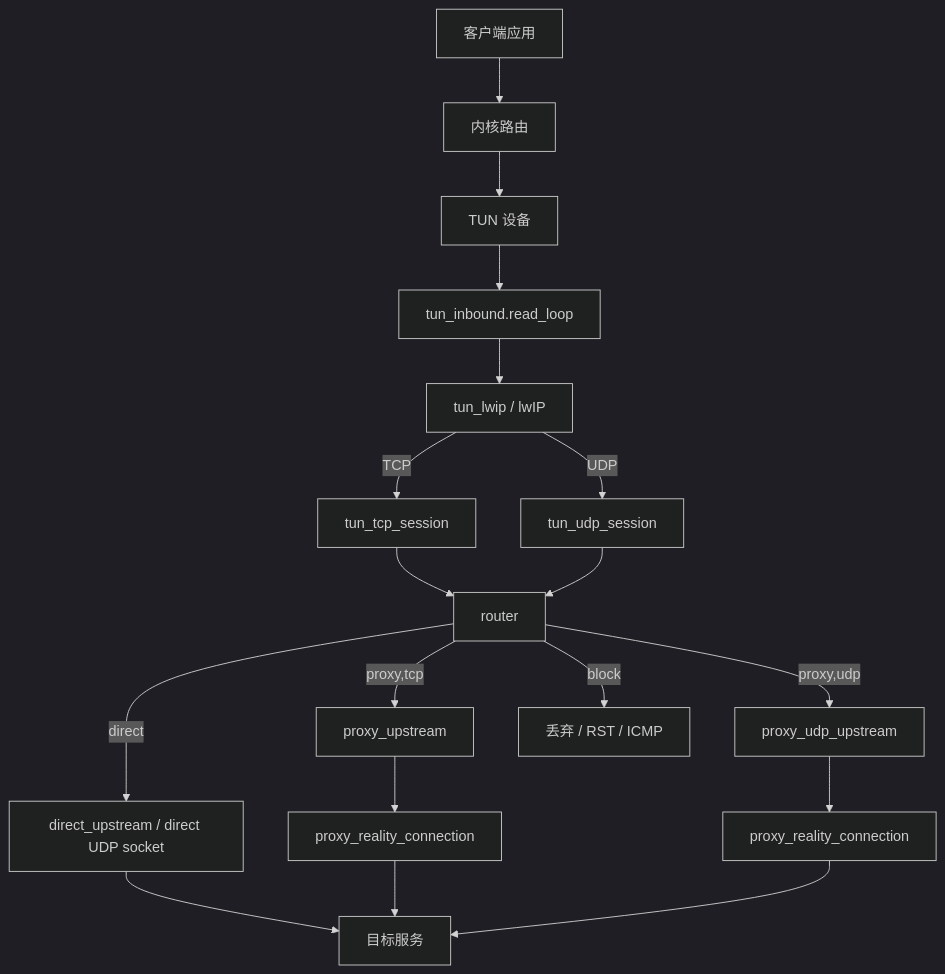
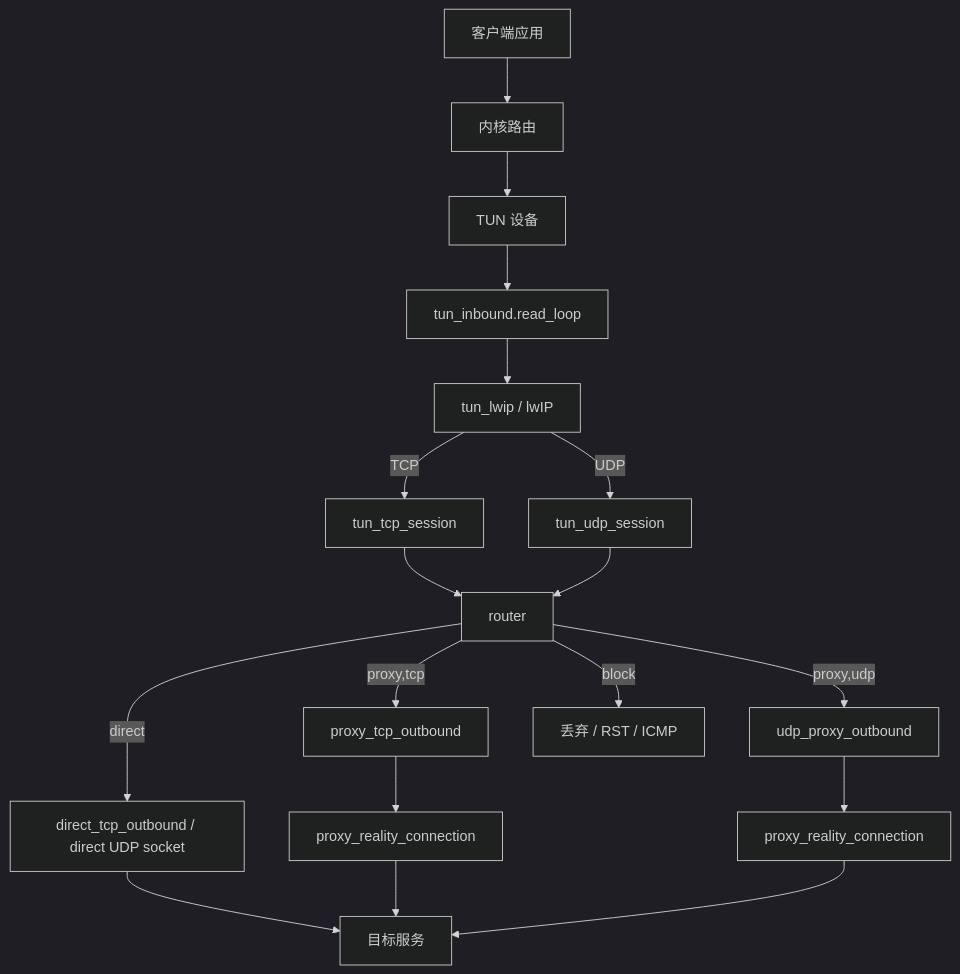
Before and after one commit to gyl30/socks: the fifth of 5 diagrams in doc/flow.md, drawn with Mermaid (dark theme). The commit also changed other lines of this file and 3 other files, not shown here.

Commit message:
docs(architecture): 同步出站流命名重构

````diff
--- a/doc/flow.md
+++ b/doc/flow.md
@@ -203,24 +203,24 @@
 ```mermaid
 flowchart TD
   App[客户端应用] --> Kernel[内核路由]
   Kernel --> TunDev[TUN 设备]
   TunDev --> TunInbound["tun_inbound.read_loop"]
   TunInbound --> Lwip["tun_lwip / lwIP"]
 
   Lwip -->|TCP| TunTcp[tun_tcp_session]
   Lwip -->|UDP| TunUdp[tun_udp_session]
 
   TunTcp --> Router[router]
   TunUdp --> Router
 
-  Router -->|direct| Direct[direct_upstream / direct UDP socket]
-  Router -->|proxy,tcp| ProxyTcp[proxy_upstream]
-  Router -->|proxy,udp| ProxyUdp[proxy_udp_upstream]
+  Router -->|direct| Direct[direct_tcp_outbound / direct UDP socket]
+  Router -->|proxy,tcp| ProxyTcp[proxy_tcp_outbound]
+  Router -->|proxy,udp| ProxyUdp[udp_proxy_outbound]
   Router -->|block| Block[丢弃 / RST / ICMP]
 
   Direct --> Target[目标服务]
   ProxyTcp --> ConnTcp[proxy_reality_connection]
   ProxyUdp --> ConnUdp[proxy_reality_connection]
   ConnTcp --> Target
   ConnUdp --> Target
 ```
````
